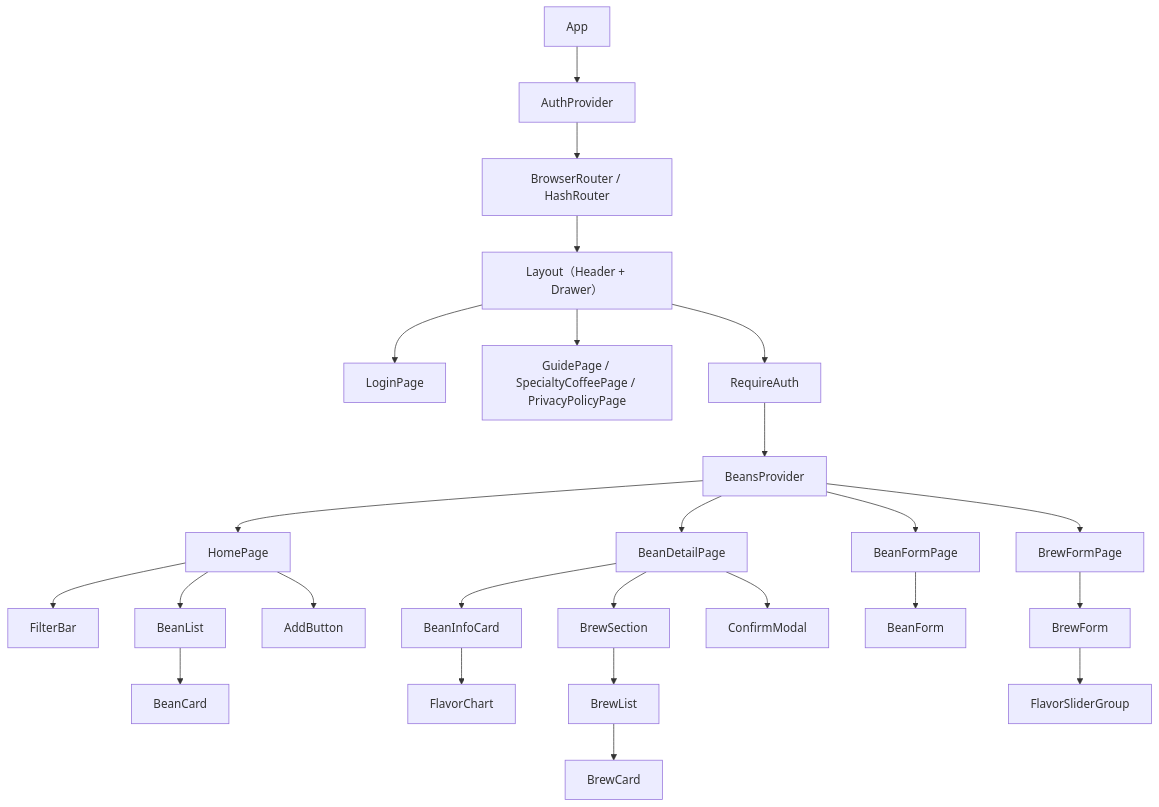
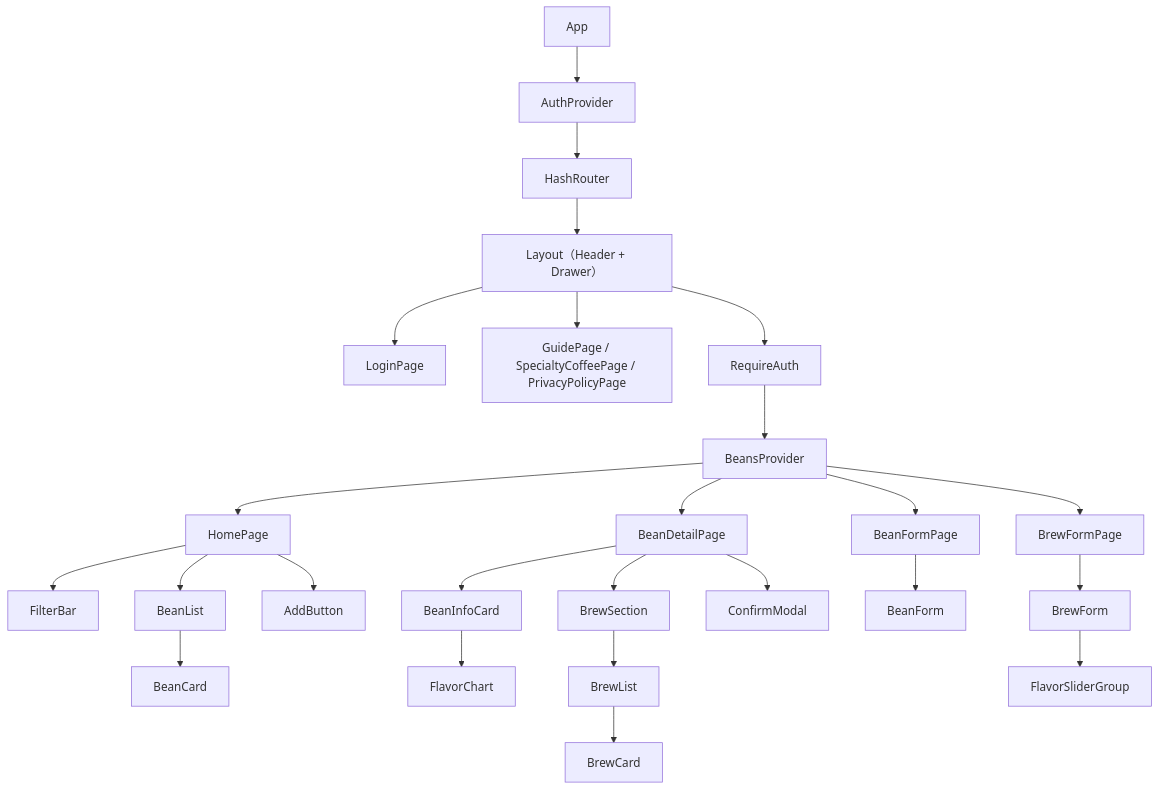
Before and after one commit to reCoder-application/reCoder-app: the third of 3 diagrams in REACT_REFACTOR_DESIGN.md, drawn with Mermaid. The commit also changed other lines of this file, not shown here.

````diff
--- a/REACT_REFACTOR_DESIGN.md
+++ b/REACT_REFACTOR_DESIGN.md
@@ -143,27 +143,27 @@
 ```mermaid
 flowchart TB
     App --> AuthProvider
-    AuthProvider --> Router[BrowserRouter / HashRouter]
+    AuthProvider --> Router[HashRouter]
     Router --> Layout["Layout（Header + Drawer）"]
 
     Layout --> LoginPage
     Layout --> StaticPages["GuidePage / SpecialtyCoffeePage / PrivacyPolicyPage"]
     Layout --> RequireAuth
 
     RequireAuth --> BeansProvider
     BeansProvider --> HomePage
     BeansProvider --> BeanDetailPage
     BeansProvider --> BeanFormPage
     BeansProvider --> BrewFormPage
 
     HomePage --> FilterBar
     HomePage --> BeanList --> BeanCard
     HomePage --> AddButton
 
     BeanDetailPage --> BeanInfoCard --> FlavorChart
     BeanDetailPage --> BrewSection --> BrewList --> BrewCard
     BeanDetailPage --> ConfirmModal
 
     BeanFormPage --> BeanForm
     BrewFormPage --> BrewForm --> FlavorSliderGroup
 ```
````
